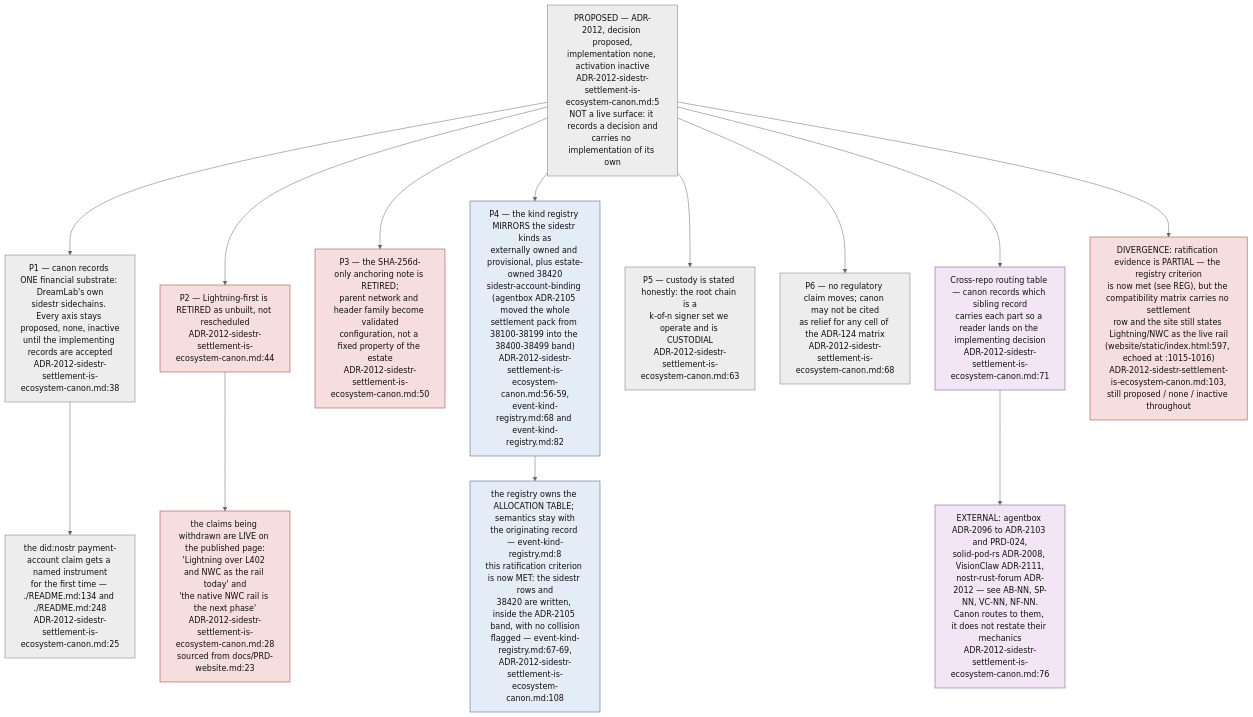
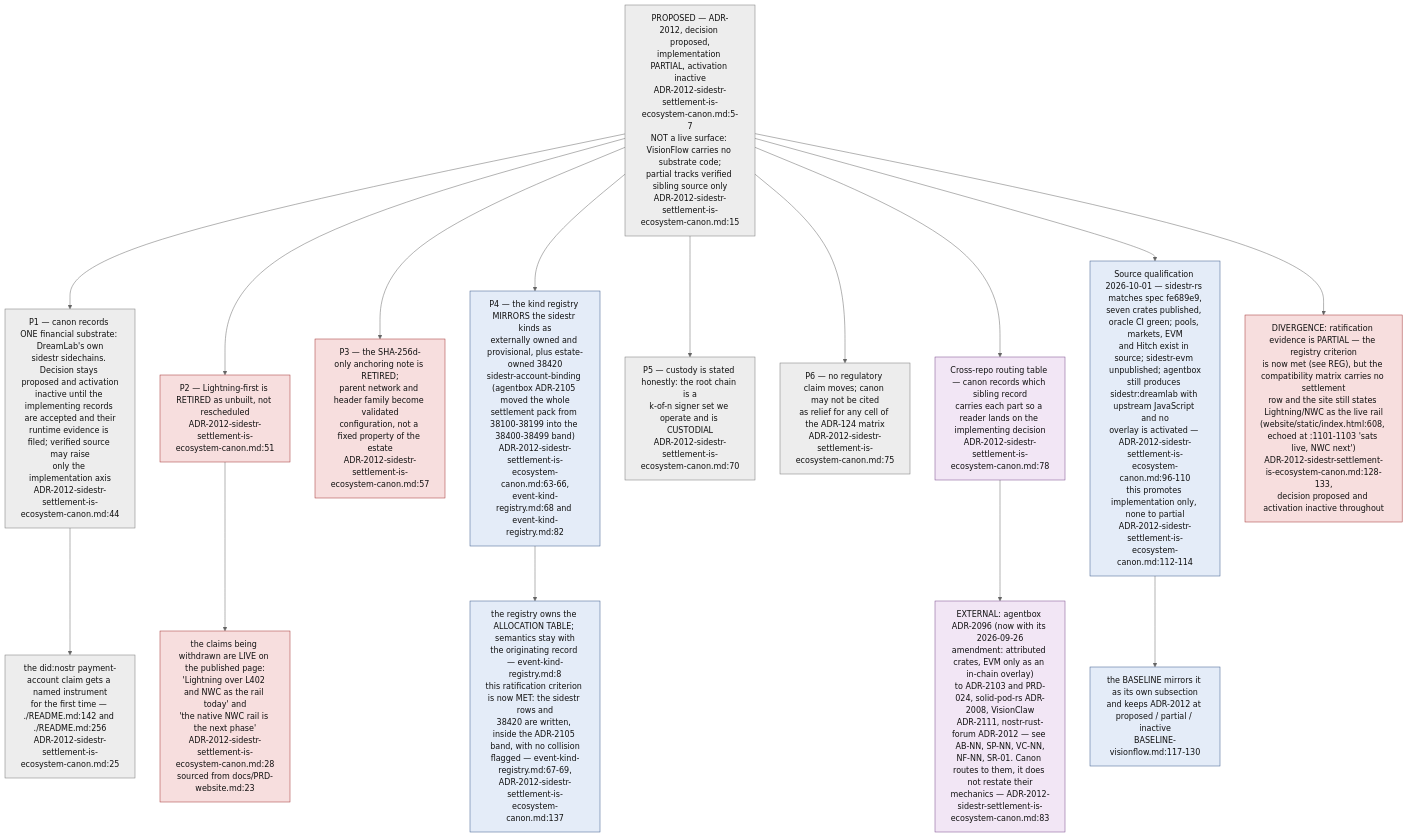
Before and after one commit to DreamLab-AI/VisionFlow: the tenth of 11 diagrams in docs/diagrams/visionflow/01-repo-composition-and-canon.md, drawn with Mermaid (neutral theme). The commit also changed other lines of this file and 94 other files, not shown here.

First line of the commit message:
docs(diagrams): re-verify 130 topics against 2 October HEADs

````diff
--- a/docs/diagrams/visionflow/01-repo-composition-and-canon.md
+++ b/docs/diagrams/visionflow/01-repo-composition-and-canon.md
@@ -367,28 +380,33 @@
 ```mermaid
 flowchart TB
     classDef prop fill:#ededed,stroke:#777,color:#111
     classDef retire fill:#f7dede,stroke:#a33333,color:#111
     classDef ext fill:#f2e6f5,stroke:#7a4a8a,color:#111
     classDef tbl fill:#e4ecf8,stroke:#3a5a8a,color:#111
 
-    REC["PROPOSED — ADR-2012, decision proposed,<br/>implementation none, activation inactive<br/>ADR-2012-sidestr-settlement-is-ecosystem-canon.md:5<br/>NOT a live surface: it records a decision and<br/>carries no implementation of its own"]:::prop
+    REC["PROPOSED — ADR-2012, decision proposed,<br/>implementation PARTIAL, activation inactive<br/>ADR-2012-sidestr-settlement-is-ecosystem-canon.md:5-7<br/>NOT a live surface: VisionFlow carries no substrate code;<br/>partial tracks verified sibling source only<br/>ADR-2012-sidestr-settlement-is-ecosystem-canon.md:15"]:::prop
 
-    REC --> P1["P1 — canon records ONE financial substrate: DreamLab's own<br/>sidestr sidechains. Every axis stays proposed, none, inactive<br/>until the implementing records are accepted<br/>ADR-2012-sidestr-settlement-is-ecosystem-canon.md:38"]:::prop
-    REC --> P2["P2 — Lightning-first is RETIRED as unbuilt, not rescheduled<br/>ADR-2012-sidestr-settlement-is-ecosystem-canon.md:44"]:::retire
-    REC --> P3["P3 — the SHA-256d-only anchoring note is RETIRED;<br/>parent network and header family become validated<br/>configuration, not a fixed property of the estate<br/>ADR-2012-sidestr-settlement-is-ecosystem-canon.md:50"]:::retire
-    REC --> P4["P4 — the kind registry MIRRORS the sidestr kinds as<br/>externally owned and provisional, plus estate-owned 38420<br/>sidestr-account-binding (agentbox ADR-2105 moved the whole<br/>settlement pack from 38100-38199 into the 38400-38499 band)<br/>ADR-2012-sidestr-settlement-is-ecosystem-canon.md:56-59,<br/>event-kind-registry.md:68 and event-kind-registry.md:82"]:::tbl
-    REC --> P5["P5 — custody is stated honestly: the root chain is a<br/>k-of-n signer set we operate and is CUSTODIAL<br/>ADR-2012-sidestr-settlement-is-ecosystem-canon.md:63"]:::prop
-    REC --> P6["P6 — no regulatory claim moves; canon may not be cited<br/>as relief for any cell of the ADR-124 matrix<br/>ADR-2012-sidestr-settlement-is-ecosystem-canon.md:68"]:::prop
+    REC --> P1["P1 — canon records ONE financial substrate: DreamLab's own<br/>sidestr sidechains. Decision stays proposed and activation<br/>inactive until the implementing records are accepted and their<br/>runtime evidence is filed; verified source may raise<br/>only the implementation axis<br/>ADR-2012-sidestr-settlement-is-ecosystem-canon.md:44"]:::prop
+    REC --> P2["P2 — Lightning-first is RETIRED as unbuilt, not rescheduled<br/>ADR-2012-sidestr-settlement-is-ecosystem-canon.md:51"]:::retire
+    REC --> P3["P3 — the SHA-256d-only anchoring note is RETIRED;<br/>parent network and header family become validated<br/>configuration, not a fixed property of the estate<br/>ADR-2012-sidestr-settlement-is-ecosystem-canon.md:57"]:::retire
+    REC --> P4["P4 — the kind registry MIRRORS the sidestr kinds as<br/>externally owned and provisional, plus estate-owned 38420<br/>sidestr-account-binding (agentbox ADR-2105 moved the whole<br/>settlement pack from 38100-38199 into the 38400-38499 band)<br/>ADR-2012-sidestr-settlement-is-ecosystem-canon.md:63-66,<br/>event-kind-registry.md:68 and event-kind-registry.md:82"]:::tbl
+    REC --> P5["P5 — custody is stated honestly: the root chain is a<br/>k-of-n signer set we operate and is CUSTODIAL<br/>ADR-2012-sidestr-settlement-is-ecosystem-canon.md:70"]:::prop
+    REC --> P6["P6 — no regulatory claim moves; canon may not be cited<br/>as relief for any cell of the ADR-124 matrix<br/>ADR-2012-sidestr-settlement-is-ecosystem-canon.md:75"]:::prop
 
     P2 --> C1["the claims being withdrawn are LIVE on the published page:<br/>'Lightning over L402 and NWC as the rail today' and<br/>'the native NWC rail is the next phase'<br/>ADR-2012-sidestr-settlement-is-ecosystem-canon.md:28<br/>sourced from docs/PRD-website.md:23"]:::retire
-    P1 --> C2["the did:nostr payment-account claim gets a named instrument<br/>for the first time — ./README.md:134 and ./README.md:248<br/>ADR-2012-sidestr-settlement-is-ecosystem-canon.md:25"]:::prop
+    P1 --> C2["the did:nostr payment-account claim gets a named instrument<br/>for the first time — ./README.md:142 and ./README.md:256<br/>ADR-2012-sidestr-settlement-is-ecosystem-canon.md:25"]:::prop
 
-    P4 --> REG["the registry owns the ALLOCATION TABLE; semantics stay with<br/>the originating record — event-kind-registry.md:8<br/>this ratification criterion is now MET: the sidestr rows and<br/>38420 are written, inside the ADR-2105 band, with no collision<br/>flagged — event-kind-registry.md:67-69,<br/>ADR-2012-sidestr-settlement-is-ecosystem-canon.md:108"]:::tbl
+    P4 --> REG["the registry owns the ALLOCATION TABLE; semantics stay with<br/>the originating record — event-kind-registry.md:8<br/>this ratification criterion is now MET: the sidestr rows and<br/>38420 are written, inside the ADR-2105 band, with no collision<br/>flagged — event-kind-registry.md:67-69,<br/>ADR-2012-sidestr-settlement-is-ecosystem-canon.md:137"]:::tbl
 
-    ROUTE["Cross-repo routing table — canon records which sibling record<br/>carries each part so a reader lands on the implementing decision<br/>ADR-2012-sidestr-settlement-is-ecosystem-canon.md:71"]:::ext
+    ROUTE["Cross-repo routing table — canon records which sibling record<br/>carries each part so a reader lands on the implementing decision<br/>ADR-2012-sidestr-settlement-is-ecosystem-canon.md:78"]:::ext
     REC --> ROUTE
-    ROUTE --> EXT1["EXTERNAL: agentbox ADR-2096 to ADR-2103 and PRD-024,<br/>solid-pod-rs ADR-2008, VisionClaw ADR-2111,<br/>nostr-rust-forum ADR-2012 — see AB-NN, SP-NN, VC-NN, NF-NN.<br/>Canon routes to them, it does not restate their mechanics<br/>ADR-2012-sidestr-settlement-is-ecosystem-canon.md:76"]:::ext
+    ROUTE --> EXT1["EXTERNAL: agentbox ADR-2096 (now with its 2026-09-26<br/>amendment: attributed crates, EVM only as an in-chain overlay)<br/>to ADR-2103 and PRD-024, solid-pod-rs ADR-2008, VisionClaw<br/>ADR-2111, nostr-rust-forum ADR-2012 — see AB-NN, SP-NN, VC-NN,<br/>NF-NN, SR-01. Canon routes to them, it does not restate their<br/>mechanics — ADR-2012-sidestr-settlement-is-ecosystem-canon.md:83"]:::ext
 
-    VER["DIVERGENCE: ratification evidence is PARTIAL — the registry criterion<br/>is now met (see REG), but the compatibility matrix carries no settlement<br/>row and the site still states Lightning/NWC as the live rail<br/>(website/static/index.html:597, echoed at :1015-1016)<br/>ADR-2012-sidestr-settlement-is-ecosystem-canon.md:103,<br/>still proposed / none / inactive throughout"]:::retire
+    QUAL["Source qualification 2026-10-01 — sidestr-rs matches spec fe689e9,<br/>seven crates published, oracle CI green; pools, markets, EVM<br/>and Hitch exist in source; sidestr-evm unpublished; agentbox<br/>still produces sidestr:dreamlab with upstream JavaScript and no<br/>overlay is activated — ADR-2012-sidestr-settlement-is-ecosystem-canon.md:96-110<br/>this promotes implementation only, none to partial<br/>ADR-2012-sidestr-settlement-is-ecosystem-canon.md:112-114"]:::tbl
+    REC --> QUAL
+    BASEL["the BASELINE mirrors it as its own subsection<br/>and keeps ADR-2012 at proposed / partial / inactive<br/>BASELINE-visionflow.md:117-130"]:::tbl
+    QUAL --> BASEL
+
+    VER["DIVERGENCE: ratification evidence is PARTIAL — the registry criterion<br/>is now met (see REG), but the compatibility matrix carries no settlement<br/>row and the site still states Lightning/NWC as the live rail<br/>(website/static/index.html:608, echoed at :1101-1103 'sats live, NWC next')<br/>ADR-2012-sidestr-settlement-is-ecosystem-canon.md:128-133,<br/>decision proposed and activation inactive throughout"]:::retire
     REC --> VER
 ```
````
